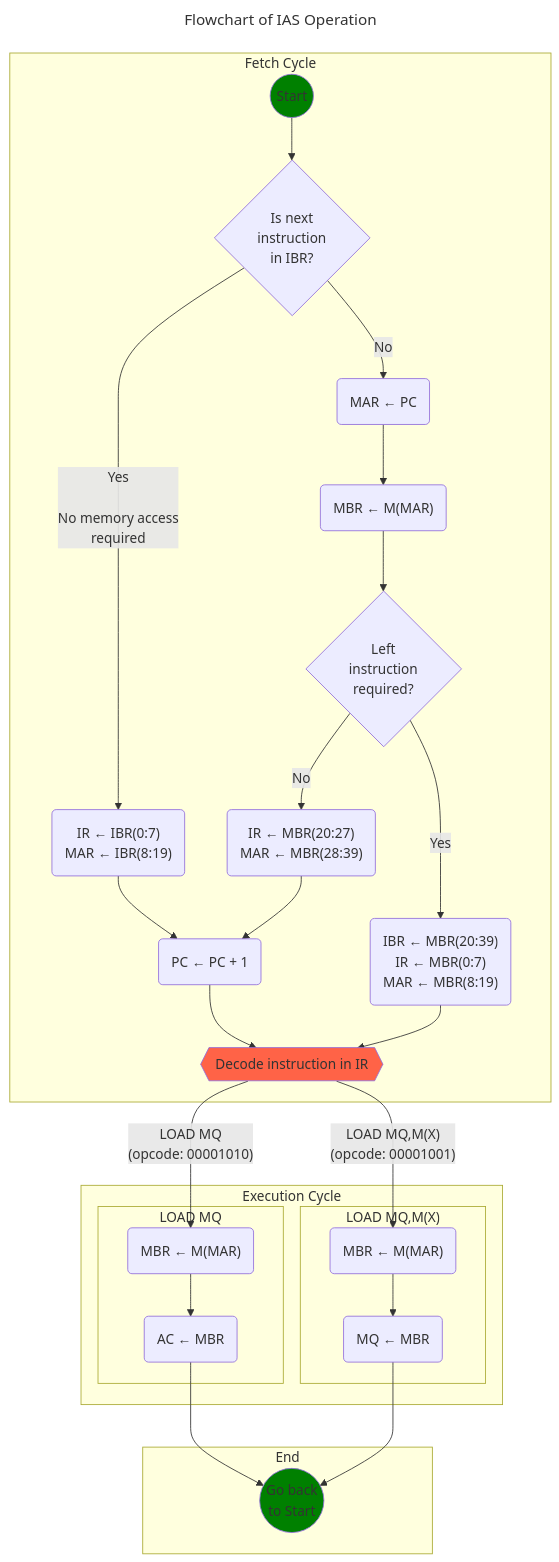
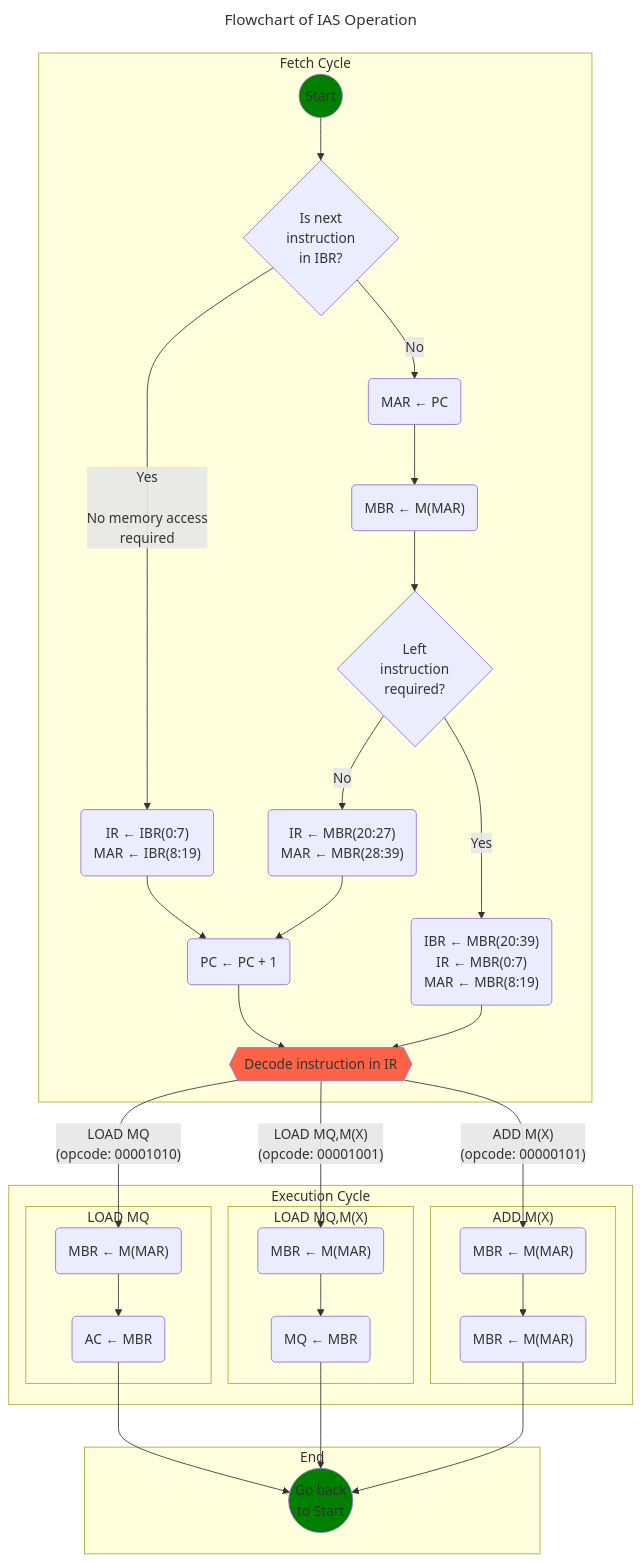
The diagram in README.md (davidalain/ias_computer), drawn with Mermaid before and after one commit.

Commit message:
Instrução ADD M(X)

````diff
--- a/README.md
+++ b/README.md
@@ -7,66 +7,75 @@
 ```mermaid
 ---
 title: Flowchart of IAS Operation
 ---
 flowchart TD
 
 subgraph "Fetch Cycle"
     START((Start)):::greenClass --> B{"Is next 
     instruction 
     in IBR?"}
     B --> |"Yes
 
     No memory access
     required"| F("IR ← IBR(0:7)
     MAR ← IBR(8:19)")
     F --> I
     B --> |No| C("MAR ← PC")
     C --> D("MBR ← M(MAR)")
     D --> E{"Left
     instruction
     required?"}
     E --> |No| H("IR ← MBR(20:27)
     MAR ← MBR(28:39)")
     E --> |Yes| G("IBR ← MBR(20:39)
     IR ← MBR(0:7)
     MAR ← MBR(8:19)")
     H --> I("PC ← PC + 1")
     I --> DECODE
     G --> DECODE
     DECODE{{"Decode instruction in IR"}}:::orangeClass
 end
 
 subgraph "Execution Cycle"
     subgraph "LOAD MQ"
         LOAD_MQ__A("MBR ← M(MAR)")
         LOAD_MQ__B("AC ← MBR")
 
         DECODE --> |"LOAD MQ
         (opcode: 00001010)"|LOAD_MQ__A
         LOAD_MQ__A --> LOAD_MQ__B
     end
 
     subgraph "LOAD MQ,M(X)"
         LOAD_MQ_MX__A("MBR ← M(MAR)")
         LOAD_MQ_MX__B("MQ ← MBR")
 
         DECODE --> |"LOAD MQ,M(X)
         (opcode: 00001001)"|LOAD_MQ_MX__A
         LOAD_MQ_MX__A --> LOAD_MQ_MX__B
     end
+
+    subgraph "ADD M(X)"
+        ADD_MX__A("MBR ← M(MAR)")
+        ADD_MX__B("MBR ← M(MAR)")
+
+        DECODE --> |"ADD M(X)
+        (opcode: 00000101)"| ADD_MX__A --> ADD_MX__B
+    end
 end
 
 subgraph "End"
     END(("Go back
     to Start")):::greenClass
 
     LOAD_MQ__B --> END
     LOAD_MQ_MX__B --> END
+    ADD_MX__B --> END
 end
 
 classDef greenClass fill:#008000
 classDef orangeClass fill:#FF6347
 
 
 
 ```
````
